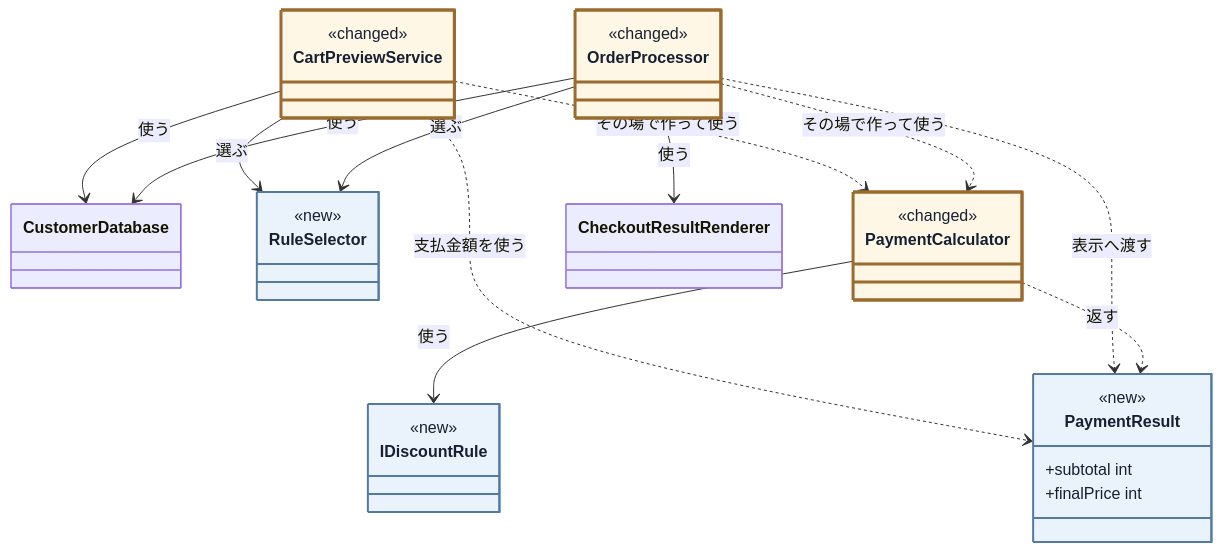
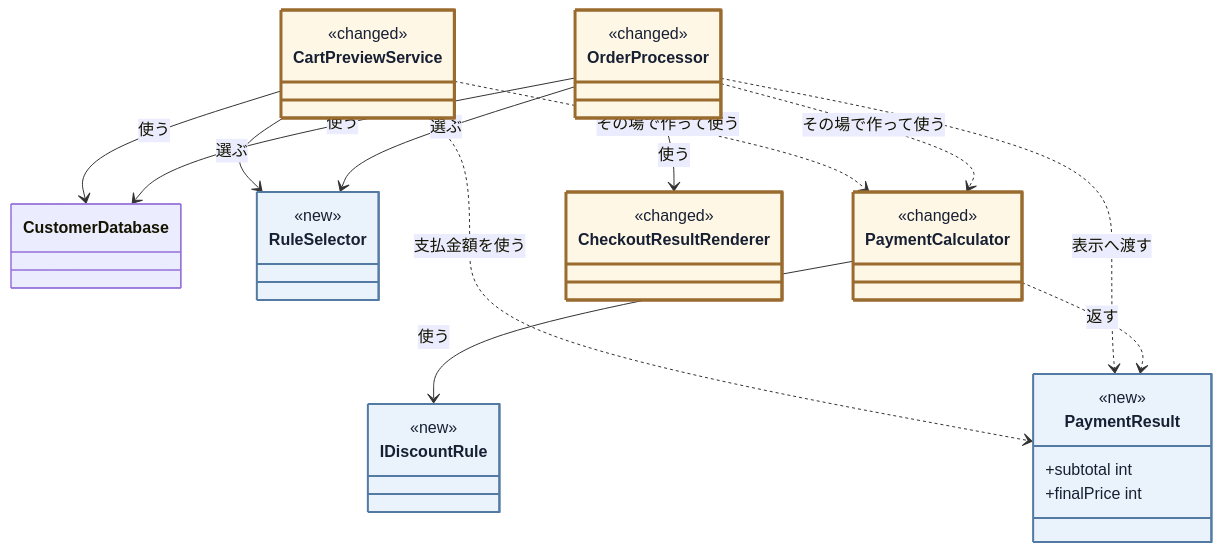
Diagram 13 of 18 in kindle/design-patterns/books/volume01-core-patterns/output/03-chapter01.md (kumachan1101-pixel/DesignPattern), drawn with Mermaid before and after one commit. The commit also changed other lines of this file and 17 other files, not shown here.

````diff
--- a/kindle/design-patterns/books/volume01-core-patterns/output/03-chapter01.md
+++ b/kindle/design-patterns/books/volume01-core-patterns/output/03-chapter01.md
@@ -1714,41 +1703,43 @@
 ```mermaid
 classDiagram
     direction TB
     class OrderProcessor:::touched {
         <<changed>>
     }
     class CartPreviewService:::touched {
         <<changed>>
     }
     class CustomerDatabase
     class RuleSelector:::added {
         <<new>>
     }
     class PaymentCalculator:::touched {
         <<changed>>
     }
     class PaymentResult:::added {
         <<new>>
         +subtotal int
         +finalPrice int
     }
-    class CheckoutResultRenderer
+    class CheckoutResultRenderer:::touched {
+        <<changed>>
+    }
     class IDiscountRule:::added {
         <<new>>
         <<interface>>
     }
     OrderProcessor --> CustomerDatabase : 使う
     OrderProcessor --> RuleSelector : 選ぶ
     OrderProcessor ..> PaymentCalculator : その場で作って使う
     OrderProcessor --> CheckoutResultRenderer : 使う
     CartPreviewService --> CustomerDatabase : 使う
     CartPreviewService --> RuleSelector : 選ぶ
     CartPreviewService ..> PaymentCalculator : その場で作って使う
     PaymentCalculator --> IDiscountRule : 使う
     PaymentCalculator ..> PaymentResult : 返す
     OrderProcessor ..> PaymentResult : 表示へ渡す
     CartPreviewService ..> PaymentResult : 支払金額を使う
 
     classDef added fill:#eaf2fb,stroke:#527aa3,stroke-width:2px,color:#172033;
     classDef touched fill:#fff7e6,stroke:#9a6b2f,stroke-width:3px,color:#172033;
 ```
````
